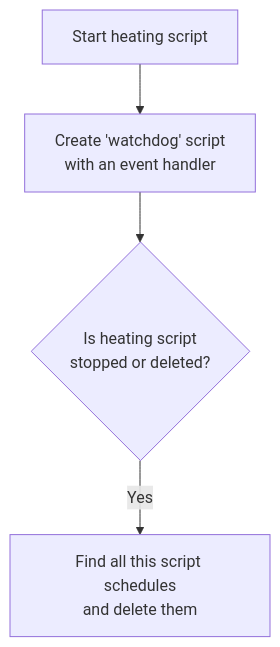
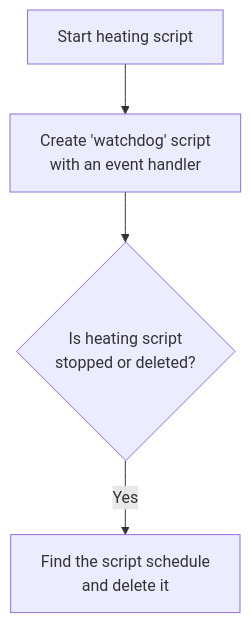
One commit to LeivoSepp/Smart-heating-management-with-Shelly changed the second of 2 diagrams in README.md. Above: the diagram before and after it, drawn with Mermaid. The commit also changed other lines of this file and 2 other files, not shown here.

````diff
--- a/README.md
+++ b/README.md
@@ -291,6 +309,6 @@
 ```mermaid
 flowchart TD
     0[Start heating script] --> A
     A[Create 'watchdog' script </br>with an event handler] --> K{Is heating script </br>stopped or deleted?}
-    K -- Yes --> B[Find all this script schedules</br>and delete them]
+    K -- Yes --> B[Find the script schedule</br>and delete it]
 ```
````
